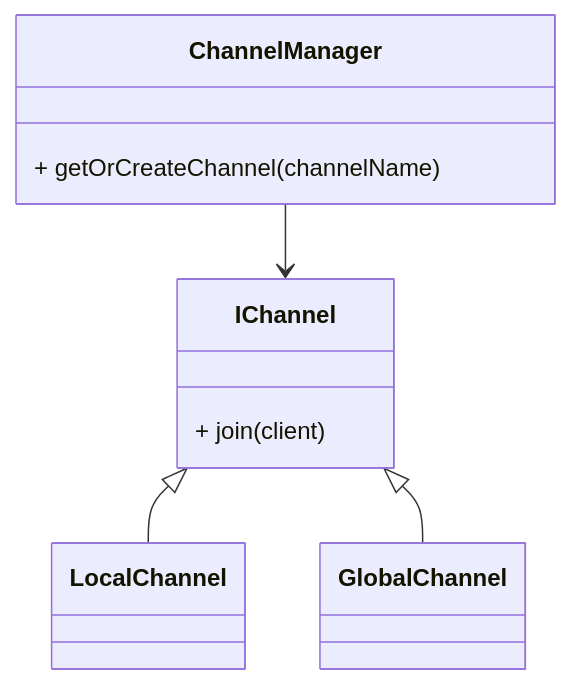
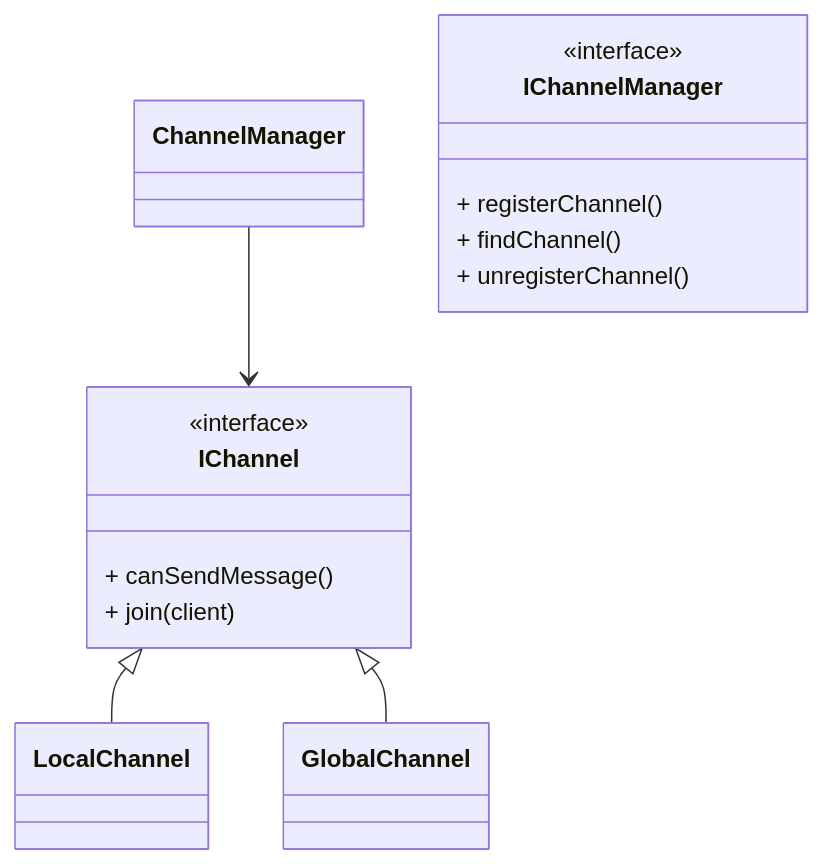
The eighth of 13 diagrams in docs/class_design.md (mfukui1218/irc), drawn with Mermaid before and after one commit. The commit also changed other lines of this file and 32 other files, not shown here.

````diff
--- a/docs/class_design.md
+++ b/docs/class_design.md
@@ -135,14 +164,19 @@
 ```mermaid
 classDiagram
 	ChannelManager --> IChannel
 	IChannel <|-- LocalChannel
 	IChannel <|-- GlobalChannel
 
 	class IChannel {
+		<<interface>>
+		+ canSendMessage()
 		+ join(client)
 	}
 
-	class ChannelManager {
-		+ getOrCreateChannel(channelName)
+	class IChannelManager {
+		<<interface>>
+		+ registerChannel()
+		+ findChannel()
+		+ unregisterChannel()
 	}
 ```
````
